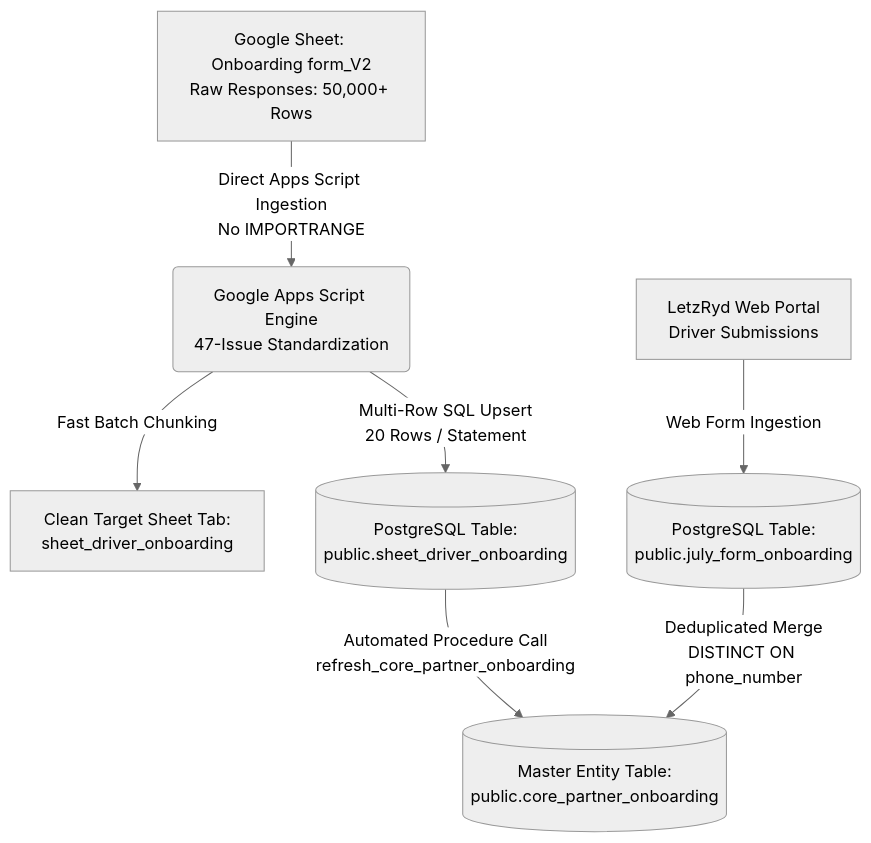
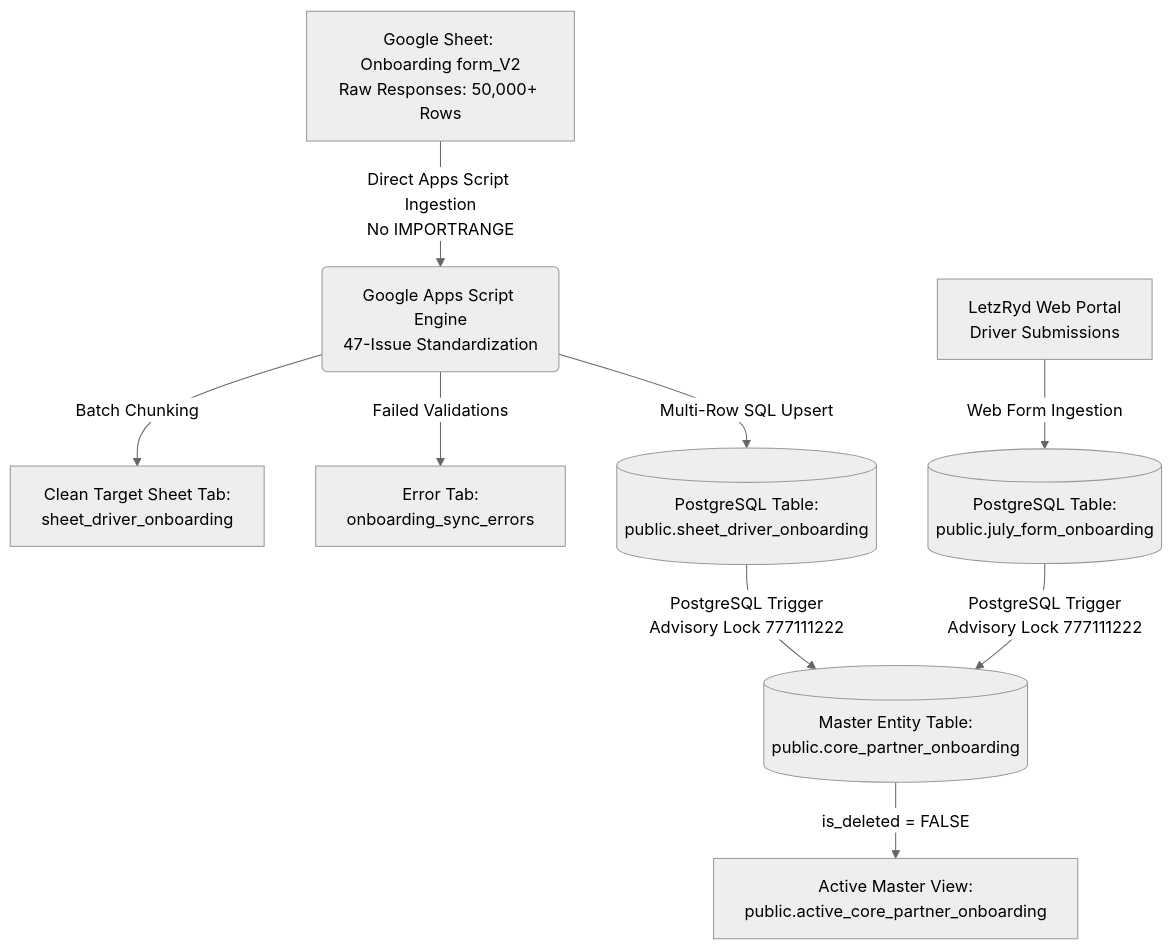
The diagram in Partner Onboarding Google Sheet/README.md (aayush-letzryd/backend), drawn with Mermaid (neutral theme) before and after one commit. The commit also changed other lines of this file and 9 other files, not shown here.

Commit message:
fix: resolveed issues for partner onboarding, accidents, and adjustments pipelines

````diff
--- a/Partner Onboarding Google Sheet/README.md
+++ b/Partner Onboarding Google Sheet/README.md
@@ -31,11 +36,13 @@
 ```mermaid
 flowchart TD
     A[Google Sheet: Onboarding form_V2\nRaw Responses: 50,000+ Rows] -->|Direct Apps Script Ingestion\nNo IMPORTRANGE| B(Google Apps Script Engine\n47-Issue Standardization)
-    B -->|Fast Batch Chunking| C[Clean Target Sheet Tab:\nsheet_driver_onboarding]
-    B -->|Multi-Row SQL Upsert\n20 Rows / Statement| D[(PostgreSQL Table:\npublic.sheet_driver_onboarding)]
+    B -->|Batch Chunking| C[Clean Target Sheet Tab:\nsheet_driver_onboarding]
+    B -->|Failed Validations| Err[Error Tab:\nonboarding_sync_errors]
+    B -->|Multi-Row SQL Upsert| D[(PostgreSQL Table:\npublic.sheet_driver_onboarding)]
     
     E[LetzRyd Web Portal\nDriver Submissions] -->|Web Form Ingestion| F[(PostgreSQL Table:\npublic.july_form_onboarding)]
     
-    D -->|Automated Procedure Call\nrefresh_core_partner_onboarding| G[(Master Entity Table:\npublic.core_partner_onboarding)]
-    F -->|Deduplicated Merge\nDISTINCT ON phone_number| G
+    D -->|PostgreSQL Trigger\nAdvisory Lock 777111222| G[(Master Entity Table:\npublic.core_partner_onboarding)]
+    F -->|PostgreSQL Trigger\nAdvisory Lock 777111222| G
+    G -->|is_deleted = FALSE| H[Active Master View:\npublic.active_core_partner_onboarding]
 ```
````
